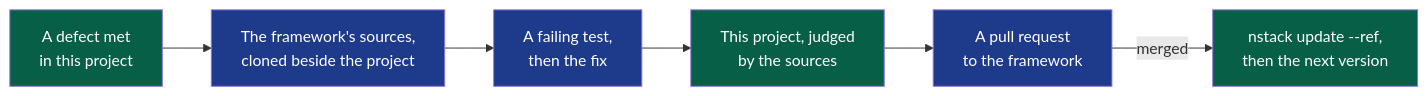
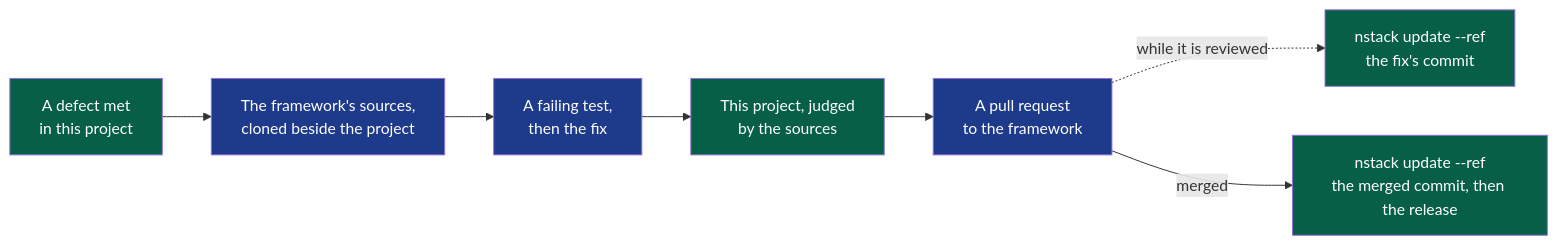
One commit to NapkinStack/wholeheard changed the second of 2 diagrams in .nstack/handbook/INSTALL.md. Above: the diagram before and after it, drawn with Mermaid. The commit also changed other lines of this file and 27 other files, not shown here.

````diff
--- a/.nstack/handbook/INSTALL.md
+++ b/.nstack/handbook/INSTALL.md
@@ -104,11 +106,12 @@
 ```mermaid
 flowchart LR
     D["A defect met<br/>in this project"]:::pr --> C["The framework's sources,<br/>cloned beside the project"]:::fw
     C --> T["A failing test,<br/>then the fix"]:::fw
     T --> J["This project, judged<br/>by the sources"]:::pr
     J --> P["A pull request<br/>to the framework"]:::fw
-    P -->|"merged"| U["nstack update --ref,<br/>then the next version"]:::pr
+    P -.->|"while it is reviewed"| R["nstack update --ref<br/>the fix's commit"]:::pr
+    P -->|"merged"| U["nstack update --ref<br/>the merged commit, then the release"]:::pr
 
     classDef pr fill:#065f46,color:#fff
     classDef fw fill:#1e3a8a,color:#fff
 ```
````
